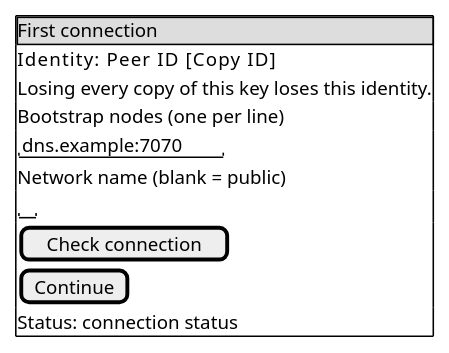
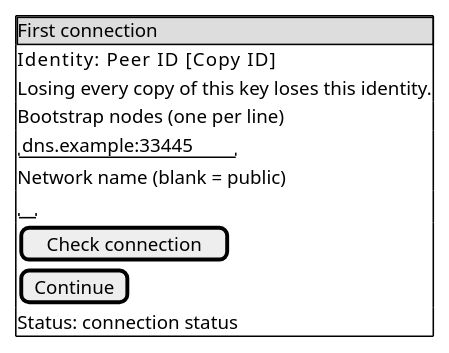
One commit to abbat/dyapp changed the first of 4 diagrams in docs/design/v0.0.1-client-screens.md. Above: the diagram before and after it, drawn with PlantUML. The commit also changed other lines of this file and 20 other files, not shown here.

````diff
--- a/docs/design/v0.0.1-client-screens.md
+++ b/docs/design/v0.0.1-client-screens.md
@@ -18,16 +18,16 @@
 ```plantuml
 @startsalt
 {+
 {* First connection }
 Identity: Peer ID       [Copy ID]
 Losing every copy of this key loses this identity.
 Bootstrap nodes (one per line)
-"dns.example:7070"
+"dns.example:33445"
 Network name (blank = public)
 " "
 [Check connection]
 [Continue]
 Status: connection status
 }
 @endsalt
 ```
````
